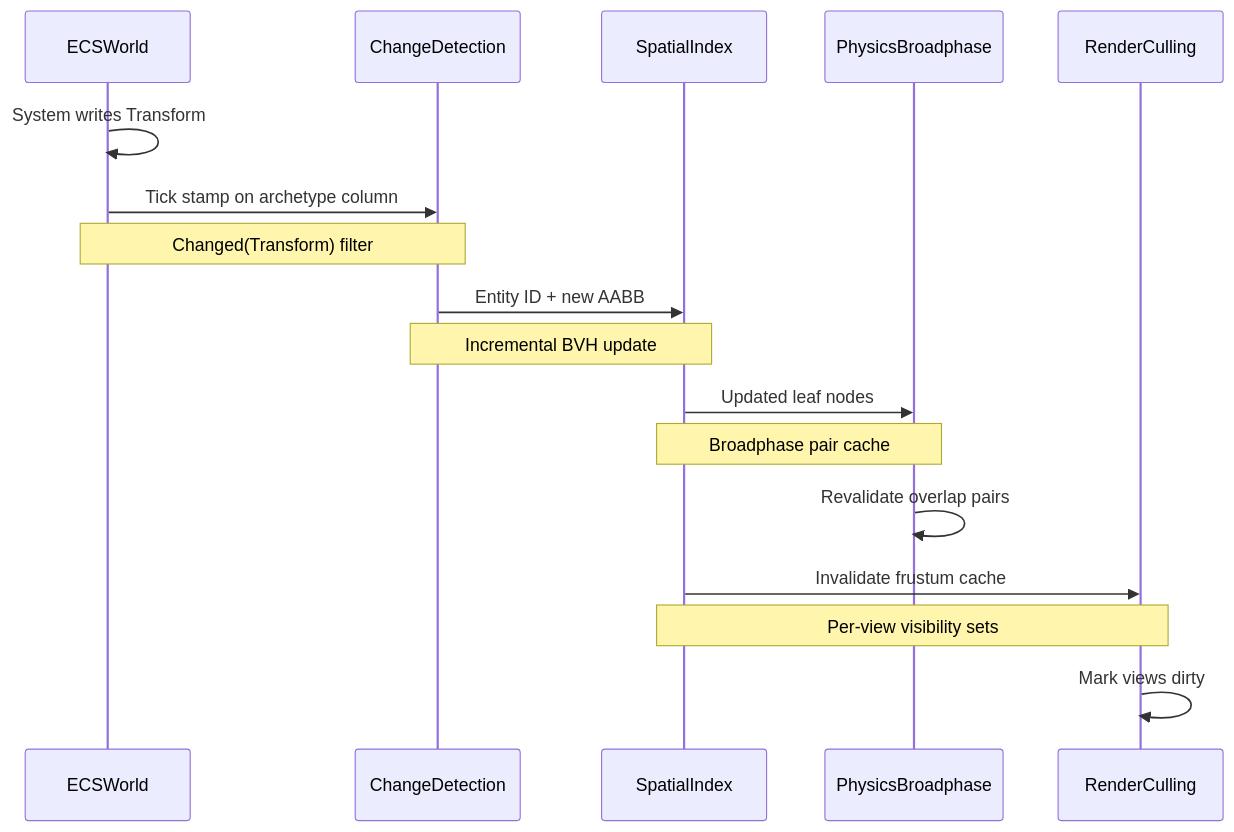
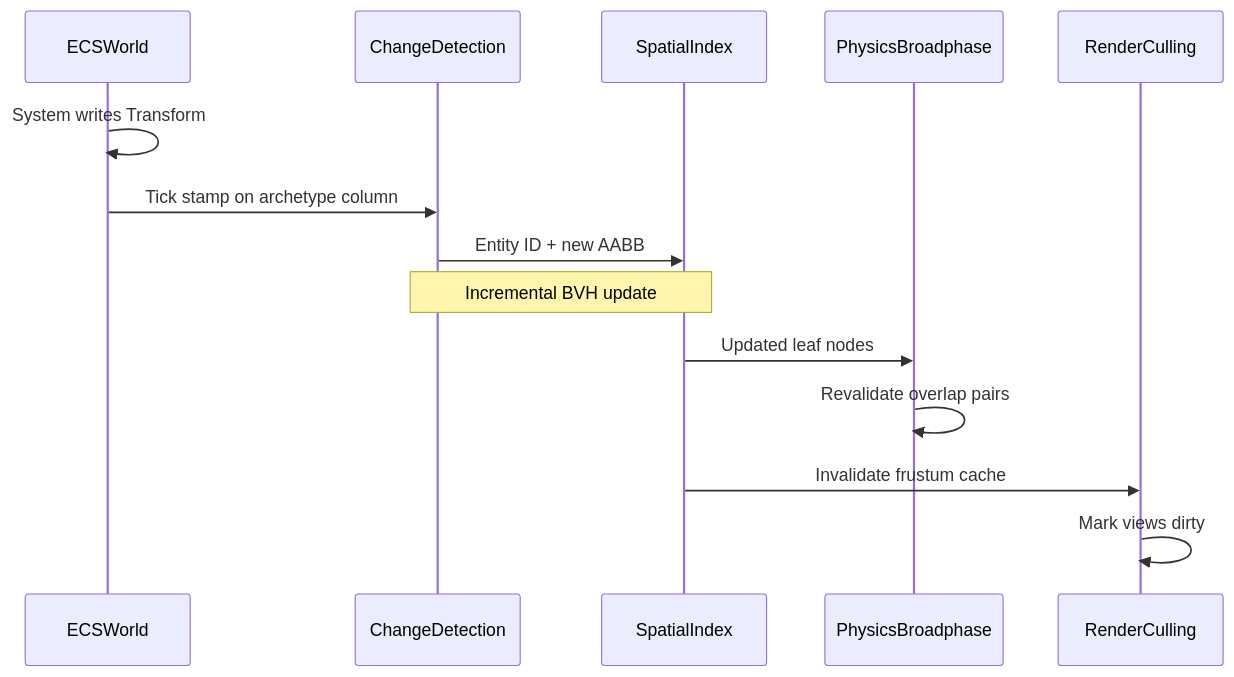
One commit to harmonius-dev/harmonius changed diagram 12 of 15 in docs/architecture.md. Above: the diagram before and after it, drawn with Mermaid. The commit also changed other lines of this file and 229 other files, not shown here.

````diff
--- a/docs/architecture.md
+++ b/docs/architecture.md
@@ -1347,25 +1364,20 @@
 ```mermaid
 sequenceDiagram
     participant W as ECSWorld
     participant CD as ChangeDetection
     participant SI as SpatialIndex
     participant PB as PhysicsBroadphase
     participant RC as RenderCulling
 
     W->>W: System writes Transform
     W->>CD: Tick stamp on archetype column
-    Note over W,CD: Changed(Transform) filter
 
     CD->>SI: Entity ID + new AABB
     Note over CD,SI: Incremental BVH update
 
     SI->>PB: Updated leaf nodes
-    Note over SI,PB: Broadphase pair cache
-
     PB->>PB: Revalidate overlap pairs
 
     SI->>RC: Invalidate frustum cache
-    Note over SI,RC: Per-view visibility sets
-
     RC->>RC: Mark views dirty
 ```
````
